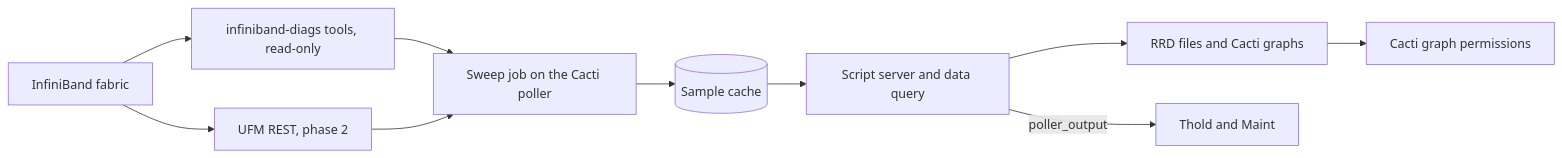
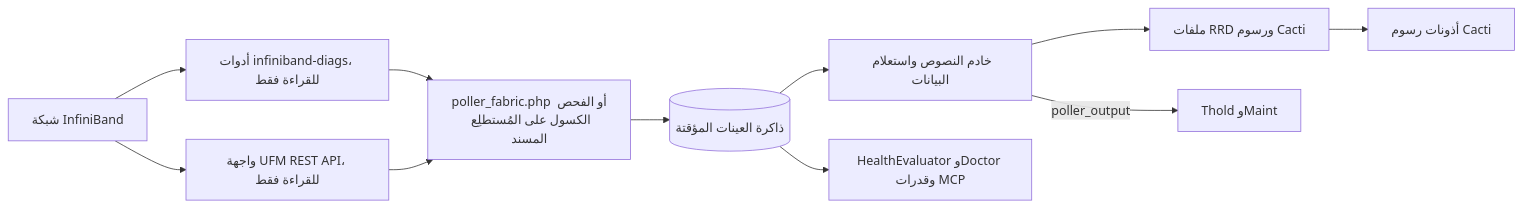
Before and after one commit to somethingwithproof/plugin_fabric: the diagram in docs/i18n/ar-SA/README.md, drawn with Mermaid. The commit also changed other lines of this file and 48 other files, not shown here.

````diff
--- a/docs/i18n/ar-SA/README.md
+++ b/docs/i18n/ar-SA/README.md
@@ -98,12 +132,13 @@
 ```mermaid
 flowchart LR
-    F[InfiniBand fabric] --> T[infiniband-diags tools, read-only]
-    F --> U[UFM REST, phase 2]
-    T --> S[Sweep job on the Cacti poller]
+    F["شبكة InfiniBand"] --> T["أدوات infiniband-diags، للقراءة فقط"]
+    F --> U["واجهة UFM REST API، للقراءة فقط"]
+    T --> S["poller_fabric.php أو الفحص الكسول على المُستطلِع المسند"]
     U --> S
-    S --> C[(Sample cache)]
-    C --> SS[Script server and data query]
-    SS --> R[RRD files and Cacti graphs]
-    SS -->|poller_output| TH[Thold and Maint]
-    R --> P[Cacti graph permissions]
+    S --> C[("ذاكرة العينات المؤقتة")]
+    C --> SS["خادم النصوص واستعلام البيانات"]
+    SS --> R["ملفات RRD ورسوم Cacti"]
+    SS -->|poller_output| TH["Thold وMaint"]
+    C --> H["HealthEvaluator وDoctor وقدرات MCP"]
+    R --> P["أذونات رسوم Cacti"]
 ```
````
